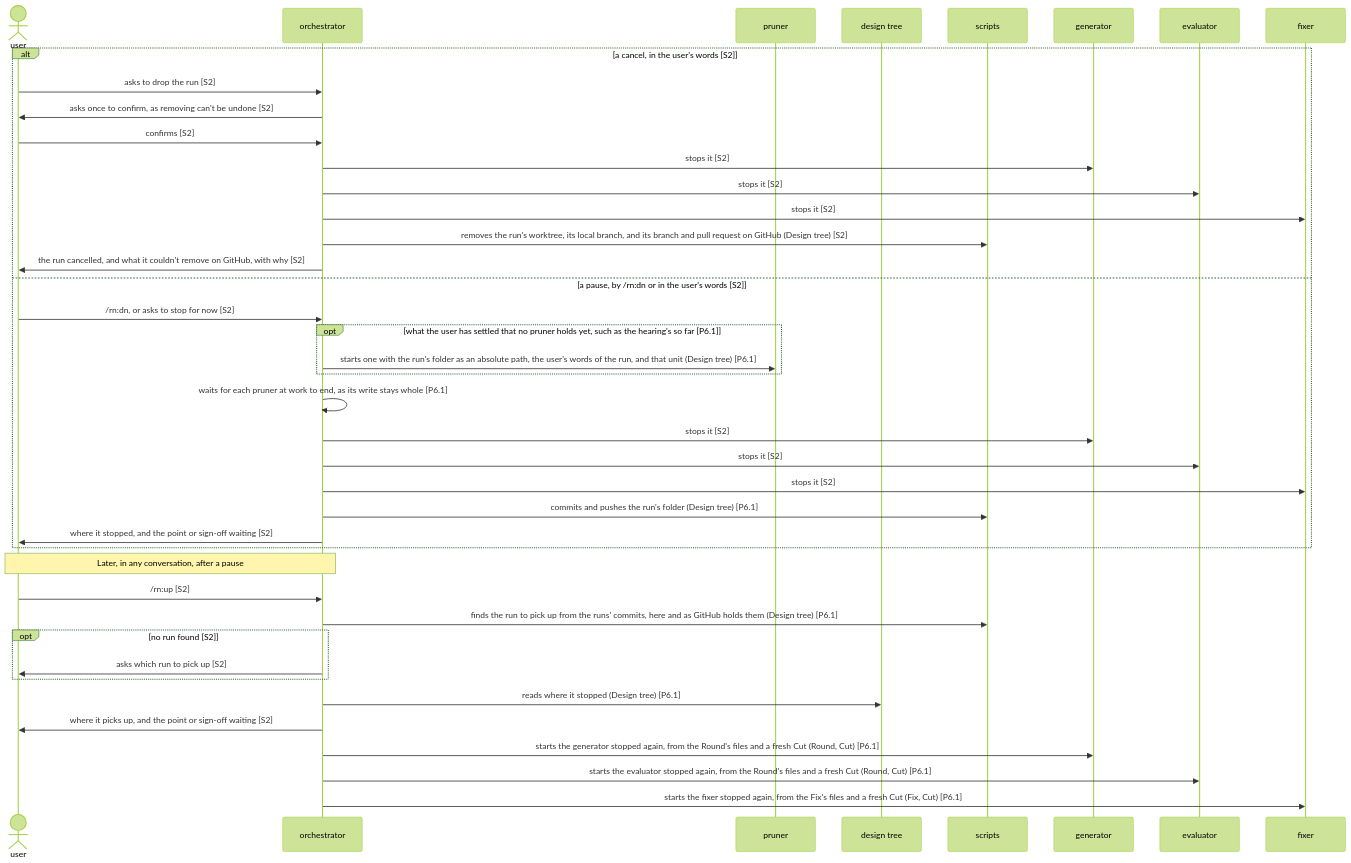
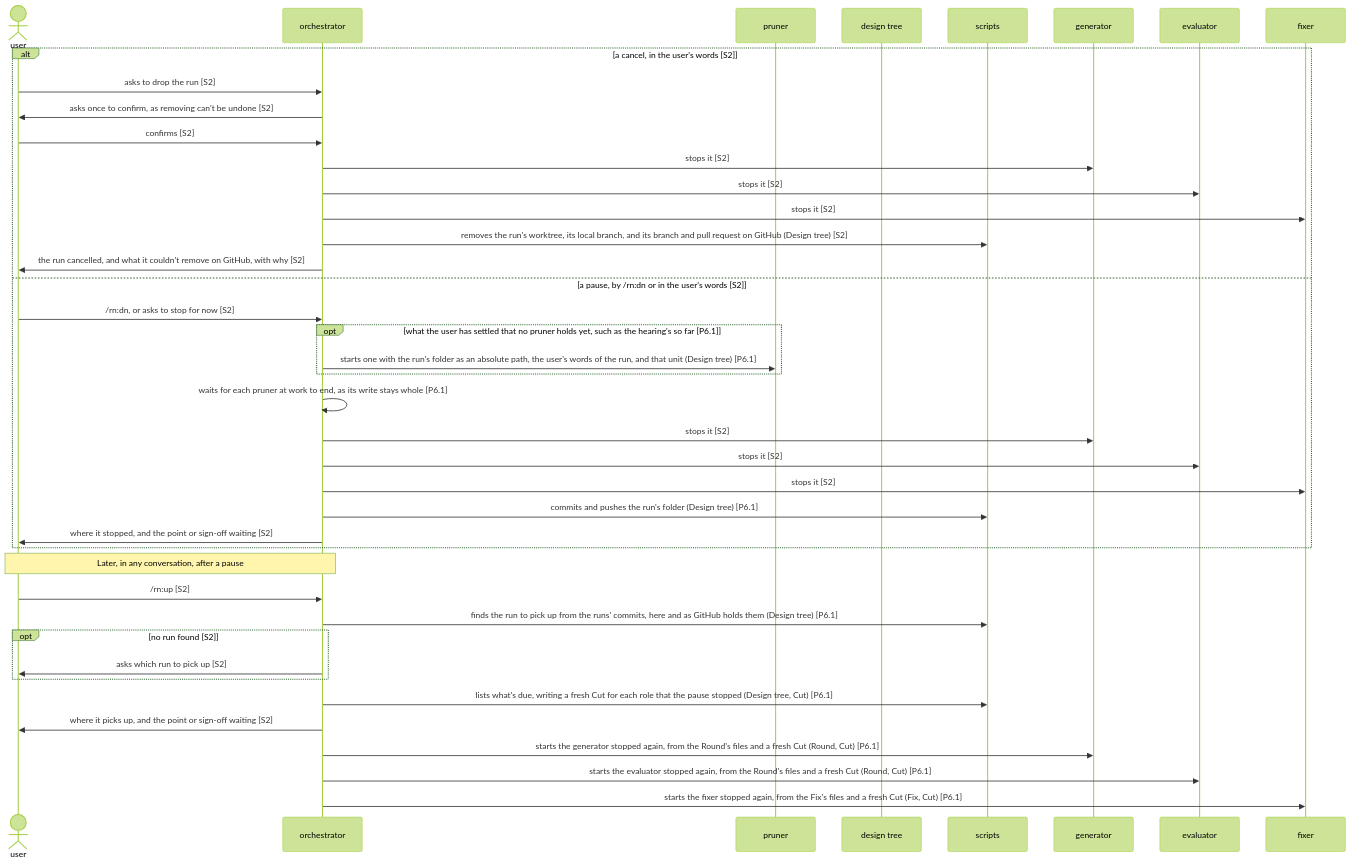
One commit to lovaizu/ccpm changed the second of 2 diagrams in dev/rn/architecture.md. Above: the diagram before and after it, drawn with Mermaid (forest theme). The commit also changed other lines of this file and 25 other files, not shown here.

First line of the commit message:
rn: a script says what's due after each event, and the pruner's result commits itself, so the orchestrator has one prompt

````diff
--- a/dev/rn/architecture.md
+++ b/dev/rn/architecture.md
@@ -379,43 +385,43 @@
 ```mermaid
 sequenceDiagram
   actor U as user
   participant O as orchestrator
   participant P as pruner
   participant T as design tree
   participant S as scripts
   participant G as generator
   participant E as evaluator
   participant F as fixer
   alt a cancel, in the user's words [S2]
     U->>O: asks to drop the run [S2]
     O->>U: asks once to confirm, as removing can't be undone [S2]
     U->>O: confirms [S2]
     O->>G: stops it [S2]
     O->>E: stops it [S2]
     O->>F: stops it [S2]
     O->>S: removes the run's worktree, its local branch, and its branch and pull request on GitHub (Design tree) [S2]
     O->>U: the run cancelled, and what it couldn't remove on GitHub, with why [S2]
   else a pause, by /rn:dn or in the user's words [S2]
     U->>O: /rn:dn, or asks to stop for now [S2]
     opt what the user has settled that no pruner holds yet, such as the hearing's so far [P6.1]
       O->>P: starts one with the run's folder as an absolute path, the user's words of the run, and that unit (Design tree) [P6.1]
     end
     O->>O: waits for each pruner at work to end, as its write stays whole [P6.1]
     O->>G: stops it [S2]
     O->>E: stops it [S2]
     O->>F: stops it [S2]
     O->>S: commits and pushes the run's folder (Design tree) [P6.1]
     O->>U: where it stopped, and the point or sign-off waiting [S2]
   end
   Note over U,O: Later, in any conversation, after a pause
   U->>O: /rn:up [S2]
   O->>S: finds the run to pick up from the runs' commits, here and as GitHub holds them (Design tree) [P6.1]
   opt no run found [S2]
     O->>U: asks which run to pick up [S2]
   end
-  O->>T: reads where it stopped (Design tree) [P6.1]
+  O->>S: lists what's due, writing a fresh Cut for each role that the pause stopped (Design tree, Cut) [P6.1]
   O->>U: where it picks up, and the point or sign-off waiting [S2]
   O->>G: starts the generator stopped again, from the Round's files and a fresh Cut (Round, Cut) [P6.1]
   O->>E: starts the evaluator stopped again, from the Round's files and a fresh Cut (Round, Cut) [P6.1]
   O->>F: starts the fixer stopped again, from the Fix's files and a fresh Cut (Fix, Cut) [P6.1]
 ```
````
